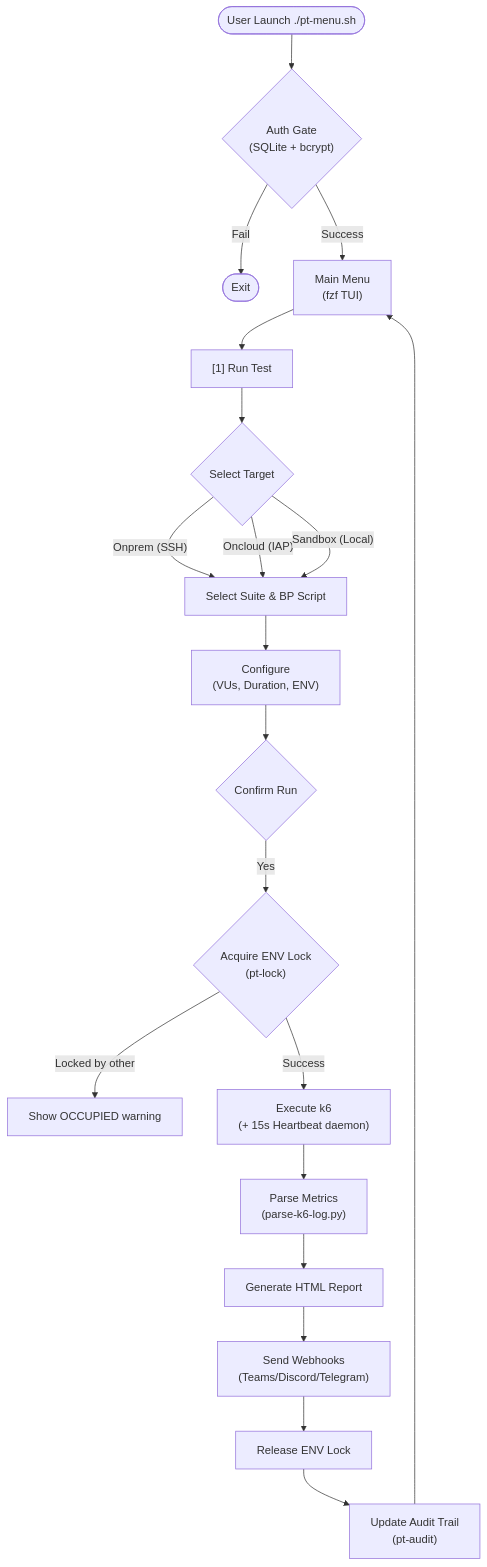
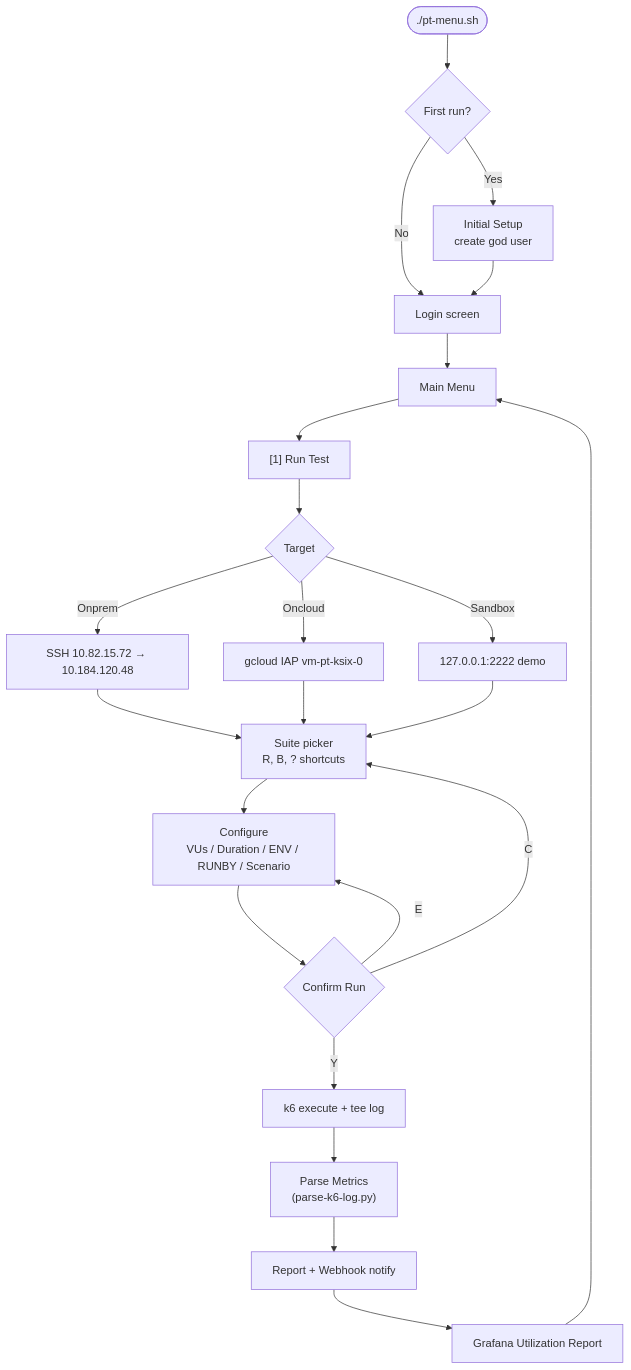
Before and after one commit to termaulmaul/growin_performancetest: the first of 2 diagrams in README.md, drawn with Mermaid. The commit also changed other lines of this file, not shown here.

Commit message:
docs(readme): changelog hasil analisis dengan /codebaseanal dan update workflow flowchart

````diff
--- a/README.md
+++ b/README.md
@@ -114,26 +116,30 @@
 ```mermaid
 graph TD
-    Start(["User Launch ./pt-menu.sh"]) --> Auth{"Auth Gate<br/>(SQLite + bcrypt)"}
-    Auth -- Fail --> Exit(["Exit"])
-    Auth -- Success --> MainMenu["Main Menu<br/>(fzf TUI)"]
+    Start(["./pt-menu.sh"]) --> Auth{First run?}
+    Auth -- Yes --> Bootstrap["Initial Setup<br/>create god user"]
+    Auth -- No --> Login["Login screen"]
+    Bootstrap --> Login
+    Login --> Main["Main Menu"]
 
-    MainMenu --> PickRun["[1] Run Test"]
-    PickRun --> Target{"Select Target"}
-    Target -- "Onprem (SSH)" --> PickSuite
-    Target -- "Oncloud (IAP)" --> PickSuite
-    Target -- "Sandbox (Local)" --> PickSuite
+    Main --> M1["[1] Run Test"]
+    
+    M1 --> T1{Target}
+    T1 -- Onprem --> O1["SSH 10.82.15.72 → 10.184.120.48"]
+    T1 -- Oncloud --> O2["gcloud IAP vm-pt-ksix-0"]
+    T1 -- Sandbox --> O3["127.0.0.1:2222 demo"]
 
-    PickSuite["Select Suite & BP Script"] --> Config["Configure<br/>(VUs, Duration, ENV)"]
-    Config --> Confirm{"Confirm Run"}
-    Confirm -- Yes --> Lock{"Acquire ENV Lock<br/>(pt-lock)"}
-    
-    Lock -- "Locked by other" --> Occupied["Show OCCUPIED warning"]
-    Lock -- "Success" --> Exec["Execute k6<br/>(+ 15s Heartbeat daemon)"]
+    O1 --> SP["Suite picker<br/>R, B, ? shortcuts"]
+    O2 --> SP
+    O3 --> SP
 
-    Exec --> Parse["Parse Metrics<br/>(parse-k6-log.py)"]
-    Parse --> Report["Generate HTML Report"]
-    Report --> Webhook["Send Webhooks<br/>(Teams/Discord/Telegram)"]
-    Webhook --> Release["Release ENV Lock"]
-    Release --> Audit["Update Audit Trail<br/>(pt-audit)"]
-    Audit --> MainMenu
+    SP --> CFG["Configure<br/>VUs / Duration / ENV / RUNBY / Scenario"]
+    CFG --> CR{Confirm Run}
+    CR -- Y --> EXE["k6 execute + tee log"]
+    CR -- E --> CFG
+    CR -- C --> SP
+
+    EXE --> Parse["Parse Metrics<br/>(parse-k6-log.py)"]
+    Parse --> RPT["Report + Webhook notify"]
+    RPT --> GRAF["Grafana Utilization Report"]
+    GRAF --> Main
 ```
````
